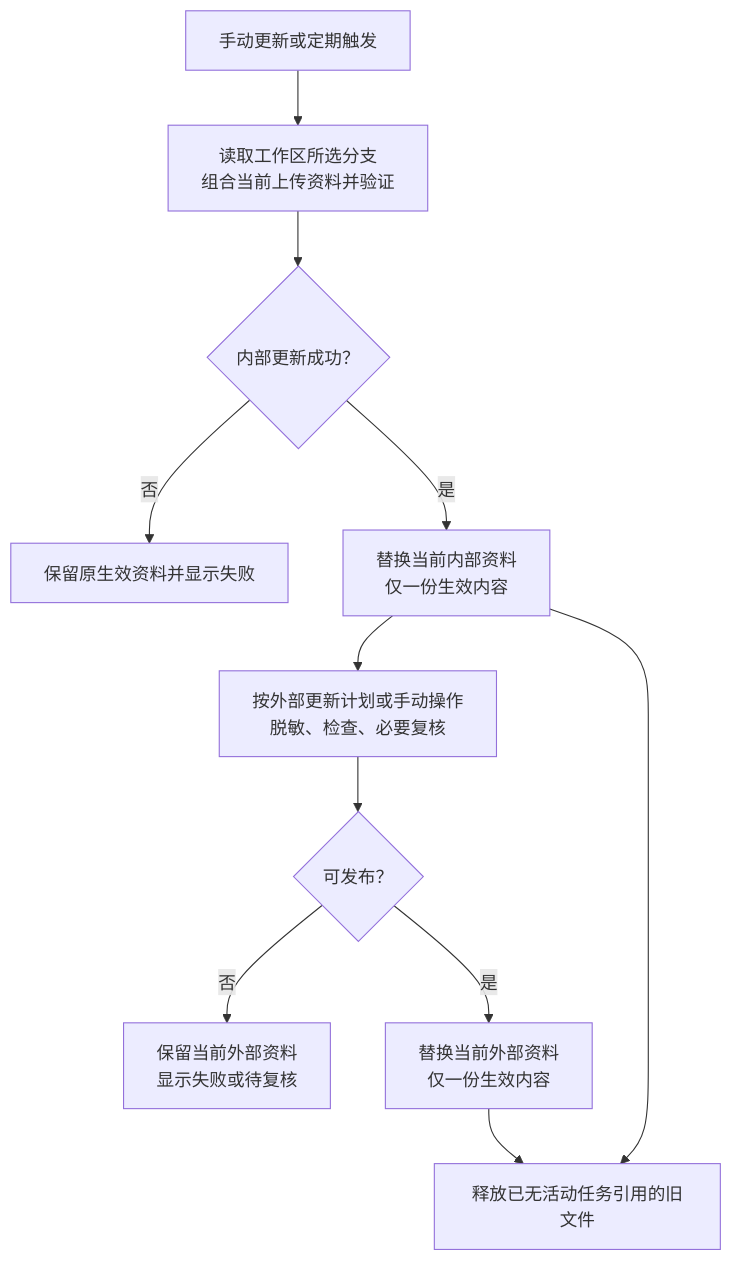
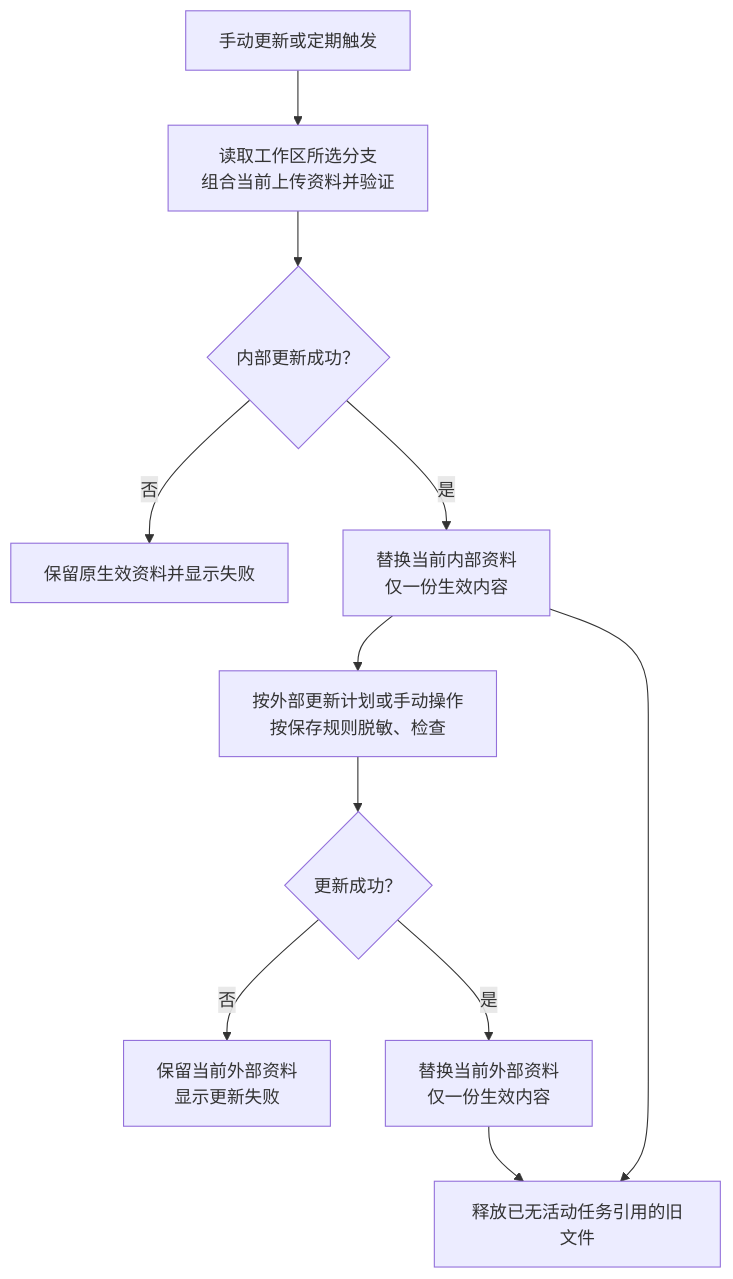
The third of 9 diagrams in examples/project-workbench-design.md (coco-ari/CodeMinificationRepository), drawn with Mermaid before and after one commit. The commit also changed other lines of this file and 28 other files, not shown here.

````diff
--- a/examples/project-workbench-design.md
+++ b/examples/project-workbench-design.md
@@ -132,13 +132,13 @@
 ```mermaid
 flowchart TB
     S["手动更新或定期触发"] --> I["读取工作区所选分支<br/>组合当前上传资料并验证"]
     I --> OK{"内部更新成功？"}
     OK -- "否" --> KEEP["保留原生效资料并显示失败"]
     OK -- "是" --> CURRENT["替换当前内部资料<br/>仅一份生效内容"]
-    CURRENT --> EXT["按外部更新计划或手动操作<br/>脱敏、检查、必要复核"]
-    EXT --> CHECK{"可发布？"}
-    CHECK -- "否" --> OLD["保留当前外部资料<br/>显示失败或待复核"]
+    CURRENT --> EXT["按外部更新计划或手动操作<br/>按保存规则脱敏、检查"]
+    EXT --> CHECK{"更新成功？"}
+    CHECK -- "否" --> OLD["保留当前外部资料<br/>显示更新失败"]
     CHECK -- "是" --> PUBLIC["替换当前外部资料<br/>仅一份生效内容"]
     CURRENT --> GC["释放已无活动任务引用的旧文件"]
     PUBLIC --> GC
 ```
````
